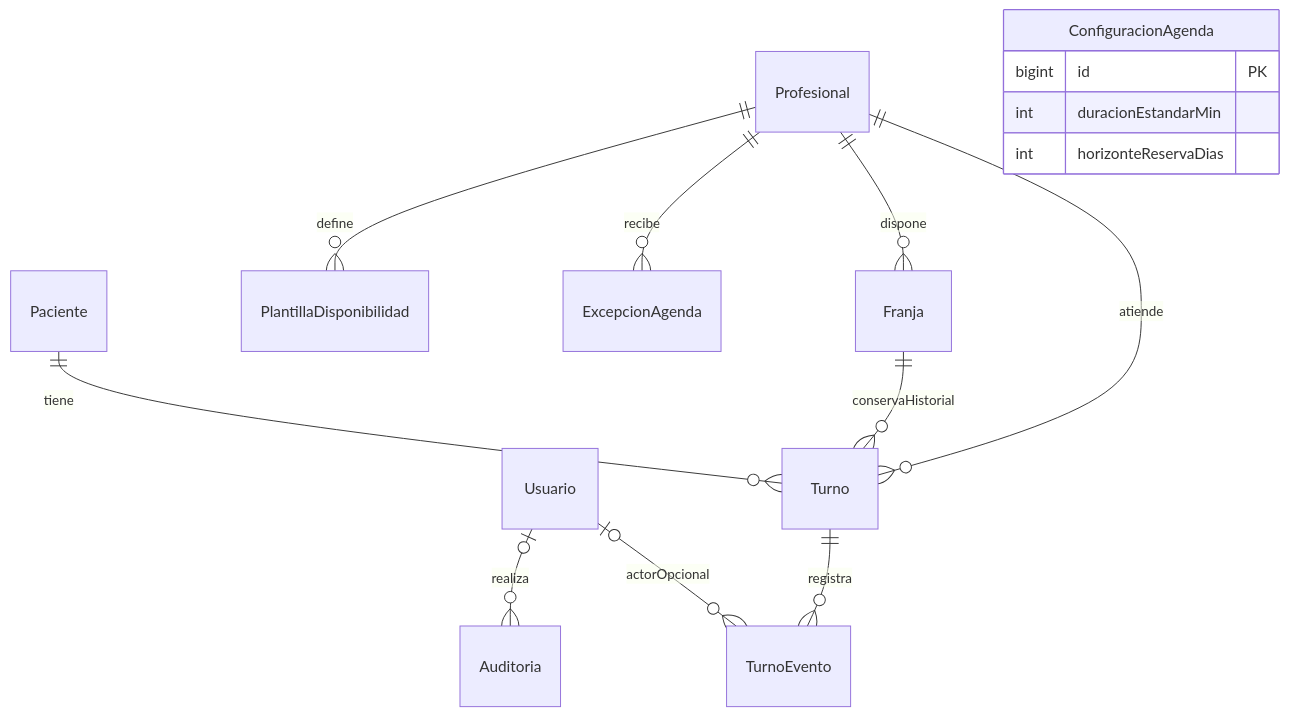
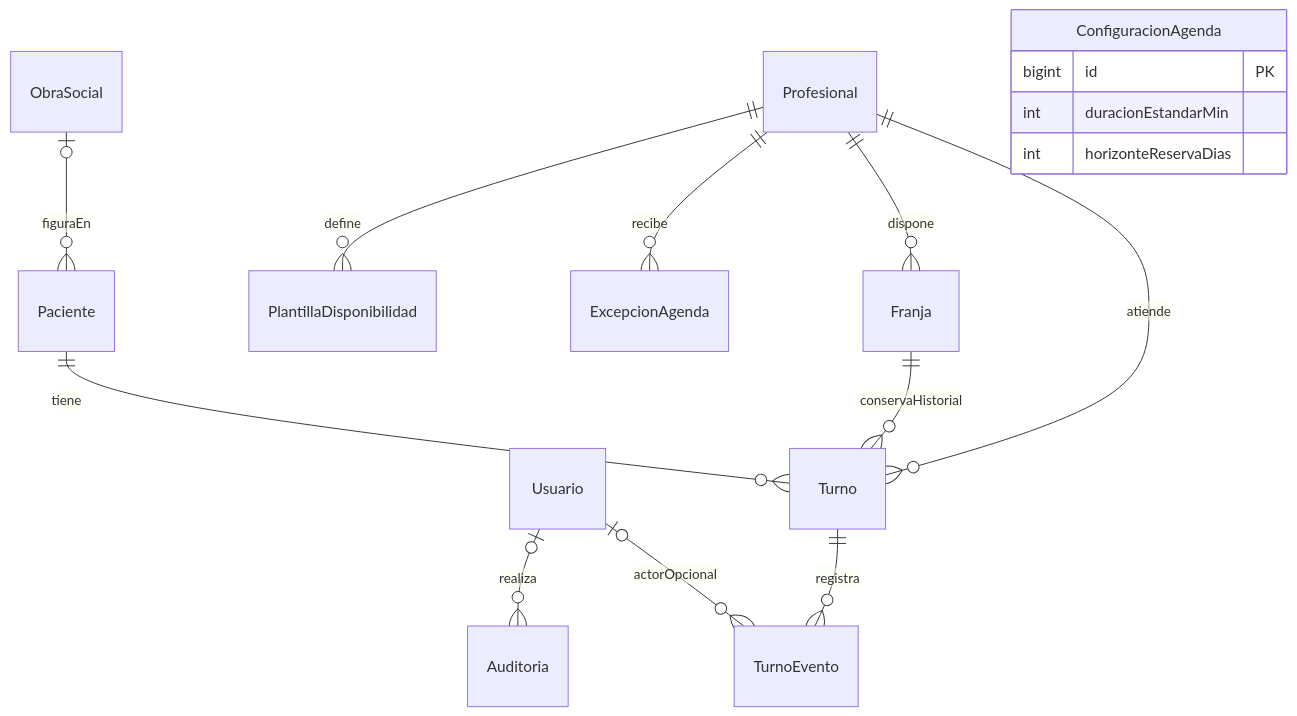
One commit to Brisaheredia/agenda-medica changed the first of 2 diagrams in docs/modelo-datos.md. Above: the diagram before and after it, drawn with Mermaid. The commit also changed other lines of this file and 51 other files, not shown here.

````diff
--- a/docs/modelo-datos.md
+++ b/docs/modelo-datos.md
@@ -24,17 +25,18 @@
 ```mermaid
 erDiagram
     Usuario o|--o{ Auditoria : realiza
     Usuario o|--o{ TurnoEvento : actorOpcional
+    ObraSocial o|--o{ Paciente : figuraEn
     Paciente ||--o{ Turno : tiene
     Profesional ||--o{ PlantillaDisponibilidad : define
     Profesional ||--o{ ExcepcionAgenda : recibe
     Profesional ||--o{ Franja : dispone
     Profesional ||--o{ Turno : atiende
     Franja ||--o{ Turno : conservaHistorial
     Turno ||--o{ TurnoEvento : registra
     ConfiguracionAgenda {
         bigint id PK
         int duracionEstandarMin
         int horizonteReservaDias
     }
 ```
````
